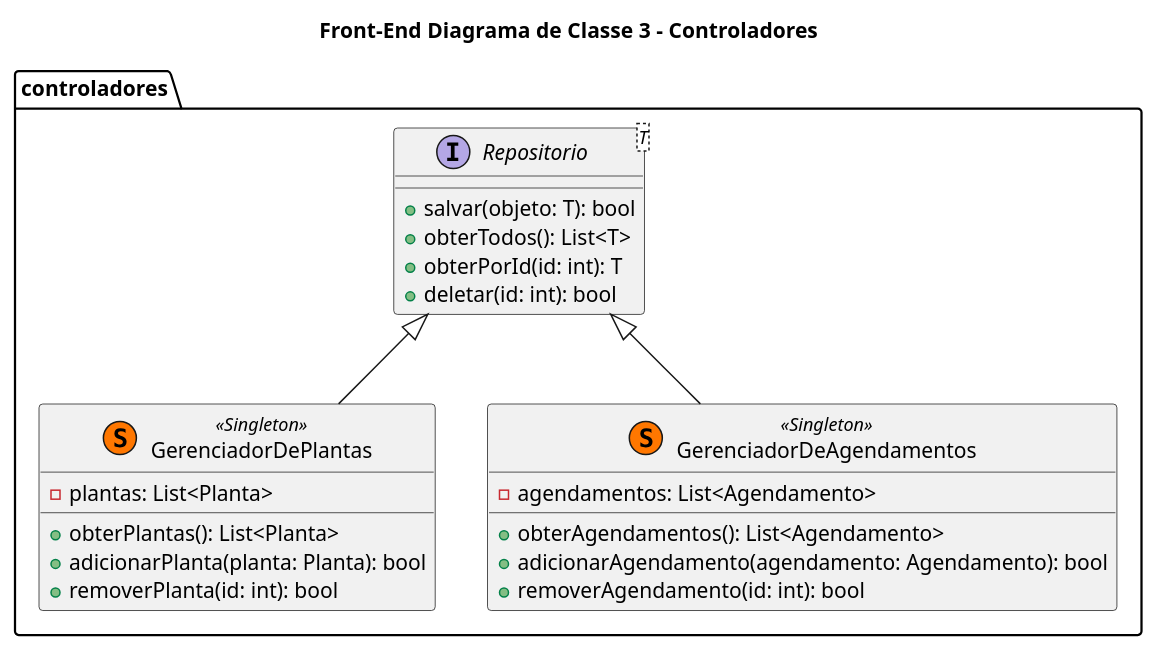
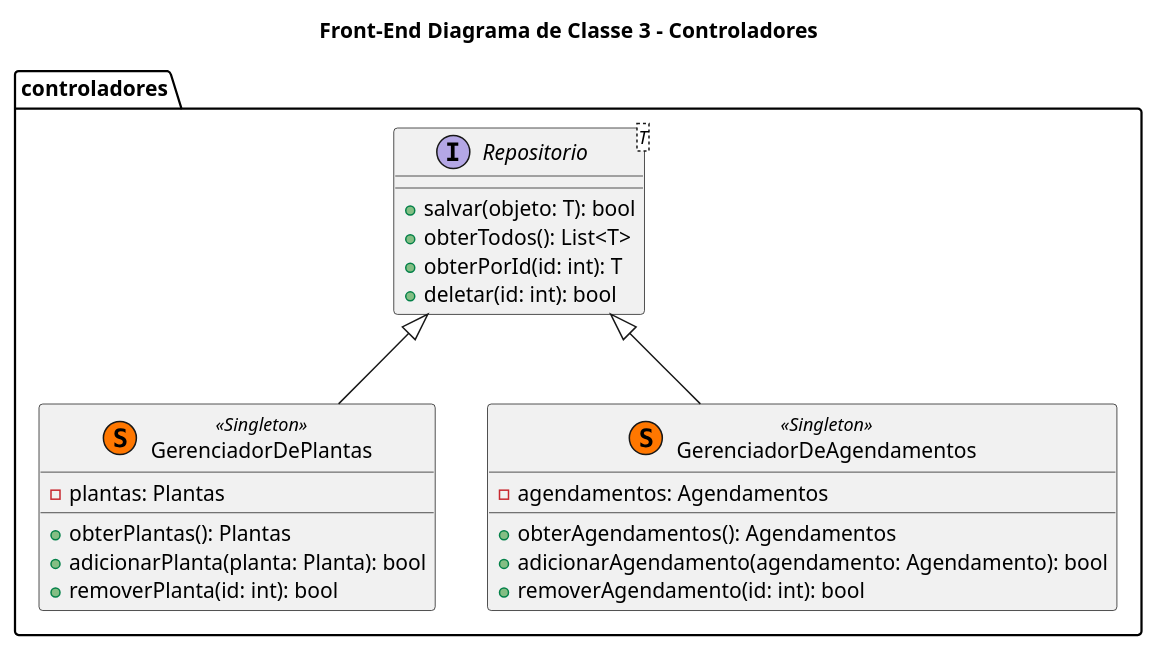
Before and after one commit to tiagors09/CareGardenProject: the diagram in docs/diagramas/src/diagramas_classe/frontend/diagrama_classe_3.plantuml, drawn with PlantUML. The commit also changed 3 other files, not shown here.

```diff
--- a/docs/diagramas/src/diagramas_classe/frontend/diagrama_classe_3.plantuml
+++ b/docs/diagramas/src/diagramas_classe/frontend/diagrama_classe_3.plantuml
@@ -1,29 +1,29 @@
 @startuml Diagrama_Classe_3
 title Front-End Diagrama de Classe 3 - Controladores
 
 package controladores {
   interface Repositorio<T> {
     +salvar(objeto: T): bool
     +obterTodos(): List<T>
     +obterPorId(id: int): T
     +deletar(id: int): bool
   }
 
   class GerenciadorDePlantas << (S,#FF7700) Singleton >> {
-    -plantas: List<Planta>
-    +obterPlantas(): List<Planta>
+    -plantas: Plantas
+    +obterPlantas(): Plantas
     +adicionarPlanta(planta: Planta): bool
     +removerPlanta(id: int): bool
   }
 
   class GerenciadorDeAgendamentos << (S,#FF7700) Singleton >> {
-    -agendamentos: List<Agendamento>
-    +obterAgendamentos(): List<Agendamento>
+    -agendamentos: Agendamentos
+    +obterAgendamentos(): Agendamentos
     +adicionarAgendamento(agendamento: Agendamento): bool
     +removerAgendamento(id: int): bool
   }
 
   Repositorio <|-- GerenciadorDePlantas
   Repositorio <|-- GerenciadorDeAgendamentos
 }
 @enduml
```
